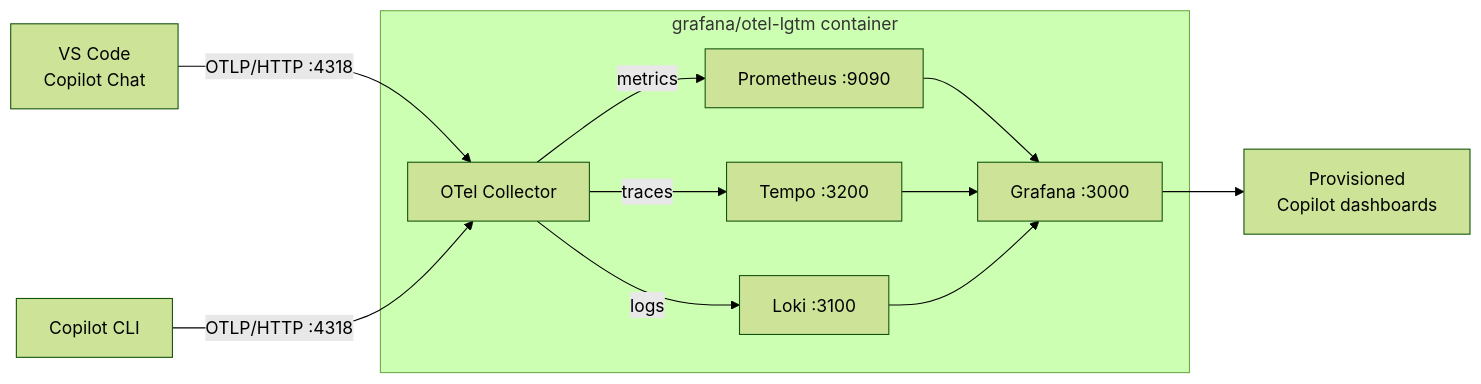
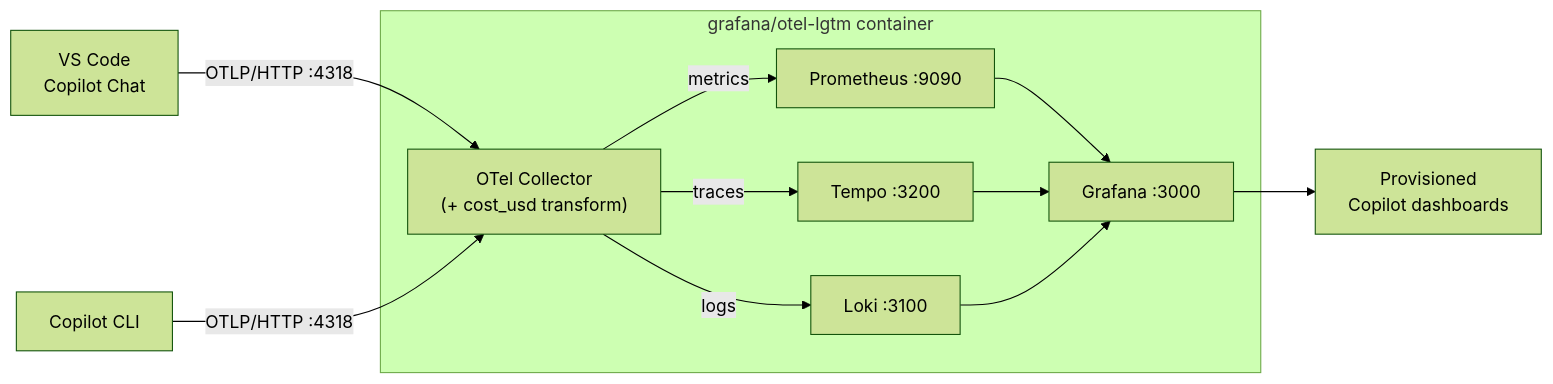
The diagram in README.md (dasiths/github_copilot_grafana_extensions), drawn with Mermaid (forest theme) before and after one commit. The commit also changed other lines of this file and 7 other files, not shown here.

Commit message:
Add cost sessions dashboard and otel collector config

````diff
--- a/README.md
+++ b/README.md
@@ -21,14 +21,14 @@
 ```mermaid
 flowchart LR
-  A["VS Code<br/>Copilot Chat"] -- "OTLP/HTTP :4318" --> B["OTel Collector"]
+  A["VS Code<br/>Copilot Chat"] -- "OTLP/HTTP :4318" --> B["OTel Collector<br/>(+ cost_usd transform)"]
   H["Copilot CLI"] -- "OTLP/HTTP :4318" --> B
   subgraph LGTM["grafana/otel-lgtm container"]
     B -- metrics --> C["Prometheus :9090"]
     B -- traces --> D["Tempo :3200"]
     B -- logs --> E["Loki :3100"]
     C --> F["Grafana :3000"]
     D --> F
     E --> F
   end
   F --> G["Provisioned<br/>Copilot dashboards"]
 ```
````
